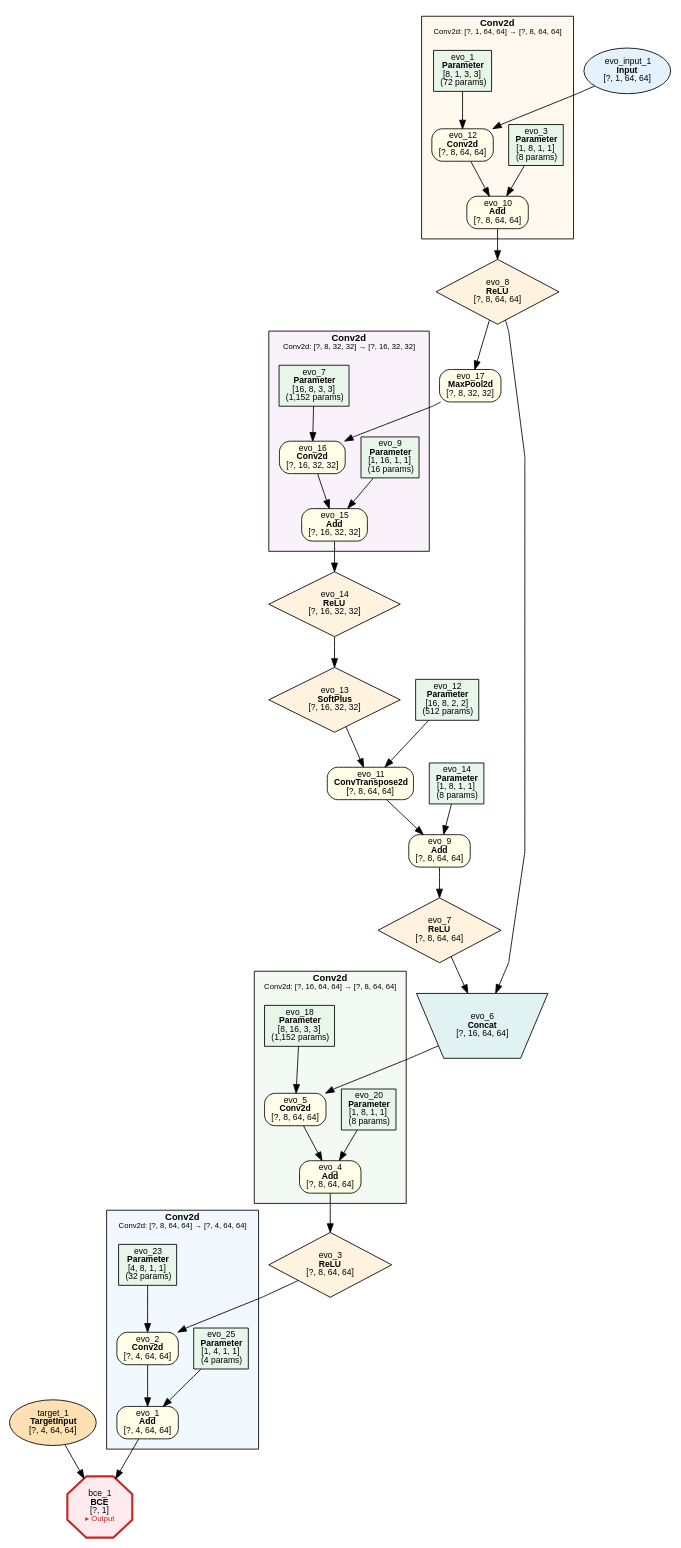
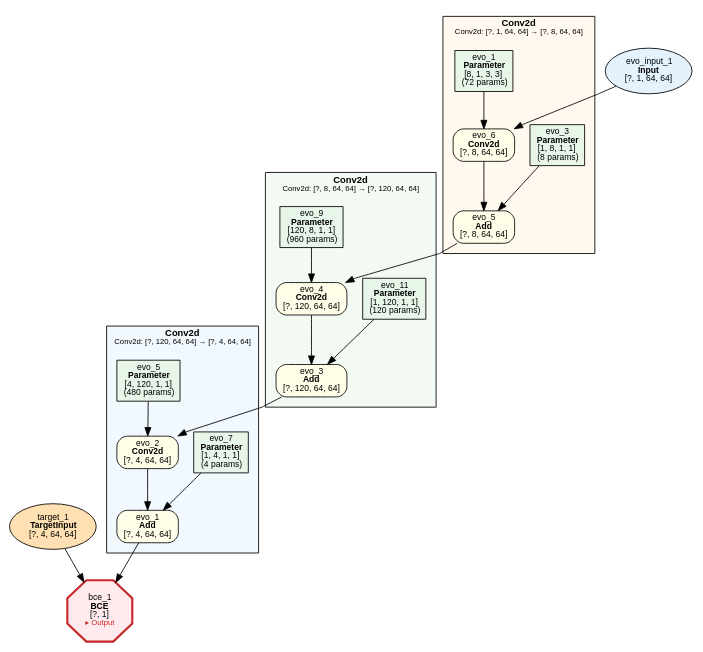
The diagram in examples/evolution/overlapping_shapes_unet_lite_segmentation/evolution_overlapping_shapes_unet_lite_segmentation.dot (dbsxdbsx/only_torch), drawn with Graphviz before and after one commit. The commit also changed 12 other files, not shown here.

```diff
--- a/examples/evolution/overlapping_shapes_unet_lite_segmentation/evolution_overlapping_shapes_unet_lite_segmentation.dot
+++ b/examples/evolution/overlapping_shapes_unet_lite_segmentation/evolution_overlapping_shapes_unet_lite_segmentation.dot
@@ -1,105 +1,65 @@
 digraph ComputeGraph {
     rankdir=TB;
     newrank=true;
     splines=polyline;
     node [fontname="Microsoft YaHei,SimHei,Arial"];
     edge [fontname="Microsoft YaHei,SimHei,Arial"];
 
-    subgraph cluster_group_conv2d_4 {
-        label=<<B>Conv2d</B><BR/><FONT POINT-SIZE="9">Conv2d: [?, 8, 64, 64] → [?, 4, 64, 64]</FONT>>;
+    subgraph cluster_group_conv2d_1 {
+        label=<<B>Conv2d</B><BR/><FONT POINT-SIZE="9">Conv2d: [?, 120, 64, 64] → [?, 4, 64, 64]</FONT>>;
         style=filled;
         fillcolor="#E3F2FD80";
         fontname="Microsoft YaHei,SimHei,Arial";
         fontsize=11;
         margin=12;
             "2" [label=<evo_1<BR/><B>Add</B><BR/>[?, 4, 64, 64]> shape=box style="filled,rounded" fillcolor="#FFFDE7" fontsize=10];
             "4" [label=<evo_2<BR/><B>Conv2d</B><BR/>[?, 4, 64, 64]> shape=box style="filled,rounded" fillcolor="#FFFDE7" fontsize=10];
-            "5" [label=<evo_25<BR/><B>Parameter</B><BR/>[1, 4, 1, 1]<BR/>(4 params)> shape=box style=filled fillcolor="#E8F5E9" fontsize=10];
-            "7" [label=<evo_23<BR/><B>Parameter</B><BR/>[4, 8, 1, 1]<BR/>(32 params)> shape=box style=filled fillcolor="#E8F5E9" fontsize=10];
+            "5" [label=<evo_7<BR/><B>Parameter</B><BR/>[1, 4, 1, 1]<BR/>(4 params)> shape=box style=filled fillcolor="#E8F5E9" fontsize=10];
+            "7" [label=<evo_5<BR/><B>Parameter</B><BR/>[4, 120, 1, 1]<BR/>(480 params)> shape=box style=filled fillcolor="#E8F5E9" fontsize=10];
     }
 
-    subgraph cluster_group_conv2d_3 {
-        label=<<B>Conv2d</B><BR/><FONT POINT-SIZE="9">Conv2d: [?, 16, 64, 64] → [?, 8, 64, 64]</FONT>>;
+    subgraph cluster_group_conv2d_2 {
+        label=<<B>Conv2d</B><BR/><FONT POINT-SIZE="9">Conv2d: [?, 8, 64, 64] → [?, 120, 64, 64]</FONT>>;
         style=filled;
         fillcolor="#E8F5E980";
         fontname="Microsoft YaHei,SimHei,Arial";
         fontsize=11;
         margin=12;
-            "8" [label=<evo_4<BR/><B>Add</B><BR/>[?, 8, 64, 64]> shape=box style="filled,rounded" fillcolor="#FFFDE7" fontsize=10];
-            "9" [label=<evo_5<BR/><B>Conv2d</B><BR/>[?, 8, 64, 64]> shape=box style="filled,rounded" fillcolor="#FFFDE7" fontsize=10];
-            "10" [label=<evo_20<BR/><B>Parameter</B><BR/>[1, 8, 1, 1]<BR/>(8 params)> shape=box style=filled fillcolor="#E8F5E9" fontsize=10];
-            "12" [label=<evo_18<BR/><B>Parameter</B><BR/>[8, 16, 3, 3]<BR/>(1,152 params)> shape=box style=filled fillcolor="#E8F5E9" fontsize=10];
+            "6" [label=<evo_3<BR/><B>Add</B><BR/>[?, 120, 64, 64]> shape=box style="filled,rounded" fillcolor="#FFFDE7" fontsize=10];
+            "8" [label=<evo_4<BR/><B>Conv2d</B><BR/>[?, 120, 64, 64]> shape=box style="filled,rounded" fillcolor="#FFFDE7" fontsize=10];
+            "9" [label=<evo_11<BR/><B>Parameter</B><BR/>[1, 120, 1, 1]<BR/>(120 params)> shape=box style=filled fillcolor="#E8F5E9" fontsize=10];
+            "11" [label=<evo_9<BR/><B>Parameter</B><BR/>[120, 8, 1, 1]<BR/>(960 params)> shape=box style=filled fillcolor="#E8F5E9" fontsize=10];
     }
 
     subgraph cluster_group_conv2d_0 {
         label=<<B>Conv2d</B><BR/><FONT POINT-SIZE="9">Conv2d: [?, 1, 64, 64] → [?, 8, 64, 64]</FONT>>;
         style=filled;
         fillcolor="#FFF3E080";
         fontname="Microsoft YaHei,SimHei,Arial";
         fontsize=11;
         margin=12;
-            "16" [label=<evo_10<BR/><B>Add</B><BR/>[?, 8, 64, 64]> shape=box style="filled,rounded" fillcolor="#FFFDE7" fontsize=10];
-            "19" [label=<evo_12<BR/><B>Conv2d</B><BR/>[?, 8, 64, 64]> shape=box style="filled,rounded" fillcolor="#FFFDE7" fontsize=10];
-            "20" [label=<evo_3<BR/><B>Parameter</B><BR/>[1, 8, 1, 1]<BR/>(8 params)> shape=box style=filled fillcolor="#E8F5E9" fontsize=10];
-            "24" [label=<evo_1<BR/><B>Parameter</B><BR/>[8, 1, 3, 3]<BR/>(72 params)> shape=box style=filled fillcolor="#E8F5E9" fontsize=10];
-    }
-
-    subgraph cluster_group_conv2d_1 {
-        label=<<B>Conv2d</B><BR/><FONT POINT-SIZE="9">Conv2d: [?, 8, 32, 32] → [?, 16, 32, 32]</FONT>>;
-        style=filled;
-        fillcolor="#F3E5F580";
-        fontname="Microsoft YaHei,SimHei,Arial";
-        fontsize=11;
-        margin=12;
-            "26" [label=<evo_15<BR/><B>Add</B><BR/>[?, 16, 32, 32]> shape=box style="filled,rounded" fillcolor="#FFFDE7" fontsize=10];
-            "27" [label=<evo_16<BR/><B>Conv2d</B><BR/>[?, 16, 32, 32]> shape=box style="filled,rounded" fillcolor="#FFFDE7" fontsize=10];
-            "28" [label=<evo_9<BR/><B>Parameter</B><BR/>[1, 16, 1, 1]<BR/>(16 params)> shape=box style=filled fillcolor="#E8F5E9" fontsize=10];
-            "30" [label=<evo_7<BR/><B>Parameter</B><BR/>[16, 8, 3, 3]<BR/>(1,152 params)> shape=box style=filled fillcolor="#E8F5E9" fontsize=10];
+            "10" [label=<evo_5<BR/><B>Add</B><BR/>[?, 8, 64, 64]> shape=box style="filled,rounded" fillcolor="#FFFDE7" fontsize=10];
+            "12" [label=<evo_6<BR/><B>Conv2d</B><BR/>[?, 8, 64, 64]> shape=box style="filled,rounded" fillcolor="#FFFDE7" fontsize=10];
+            "13" [label=<evo_3<BR/><B>Parameter</B><BR/>[1, 8, 1, 1]<BR/>(8 params)> shape=box style=filled fillcolor="#E8F5E9" fontsize=10];
+            "15" [label=<evo_1<BR/><B>Parameter</B><BR/>[8, 1, 3, 3]<BR/>(72 params)> shape=box style=filled fillcolor="#E8F5E9" fontsize=10];
     }
 
     "1" [label=<bce_1<BR/><B>BCE</B><BR/>[?, 1]<BR/><FONT COLOR="#C62828" POINT-SIZE="9">▸ Output</FONT>> shape=octagon style=filled fillcolor="#FFEBEE" fontsize=10 penwidth=2.5 color="#C62828"];
     "3" [label=<target_1<BR/><B>TargetInput</B><BR/>[?, 4, 64, 64]> shape=ellipse style=filled fillcolor="#FFE0B2" fontsize=10];
-    "6" [label=<evo_3<BR/><B>ReLU</B><BR/>[?, 8, 64, 64]> shape=diamond style=filled fillcolor="#FFF3E0" fontsize=10];
-    "11" [label=<evo_6<BR/><B>Concat</B><BR/>[?, 16, 64, 64]> shape=invtrapezium style=filled fillcolor="#E0F2F1" fontsize=10];
-    "13" [label=<evo_7<BR/><B>ReLU</B><BR/>[?, 8, 64, 64]> shape=diamond style=filled fillcolor="#FFF3E0" fontsize=10];
-    "14" [label=<evo_8<BR/><B>ReLU</B><BR/>[?, 8, 64, 64]> shape=diamond style=filled fillcolor="#FFF3E0" fontsize=10];
-    "15" [label=<evo_9<BR/><B>Add</B><BR/>[?, 8, 64, 64]> shape=box style="filled,rounded" fillcolor="#FFFDE7" fontsize=10];
-    "17" [label=<evo_11<BR/><B>ConvTranspose2d</B><BR/>[?, 8, 64, 64]> shape=box style="filled,rounded" fillcolor="#FFFDE7" fontsize=10];
-    "18" [label=<evo_14<BR/><B>Parameter</B><BR/>[1, 8, 1, 1]<BR/>(8 params)> shape=box style=filled fillcolor="#E8F5E9" fontsize=10];
-    "21" [label=<evo_13<BR/><B>SoftPlus</B><BR/>[?, 16, 32, 32]> shape=diamond style=filled fillcolor="#FFF3E0" fontsize=10];
-    "22" [label=<evo_12<BR/><B>Parameter</B><BR/>[16, 8, 2, 2]<BR/>(512 params)> shape=box style=filled fillcolor="#E8F5E9" fontsize=10];
-    "23" [label=<evo_input_1<BR/><B>Input</B><BR/>[?, 1, 64, 64]> shape=ellipse style=filled fillcolor="#E3F2FD" fontsize=10];
-    "25" [label=<evo_14<BR/><B>ReLU</B><BR/>[?, 16, 32, 32]> shape=diamond style=filled fillcolor="#FFF3E0" fontsize=10];
-    "29" [label=<evo_17<BR/><B>MaxPool2d</B><BR/>[?, 8, 32, 32]> shape=box style="filled,rounded" fillcolor="#FFFDE7" fontsize=10];
+    "14" [label=<evo_input_1<BR/><B>Input</B><BR/>[?, 1, 64, 64]> shape=ellipse style=filled fillcolor="#E3F2FD" fontsize=10];
 
     "2" -> "1";
     "3" -> "1";
     "4" -> "2";
     "5" -> "2";
     "6" -> "4";
     "7" -> "4";
     "8" -> "6";
-    "9" -> "8";
+    "9" -> "6";
     "10" -> "8";
-    "11" -> "9";
-    "12" -> "9";
-    "13" -> "11";
-    "14" -> "11";
-    "15" -> "13";
-    "16" -> "14";
-    "17" -> "15";
-    "18" -> "15";
-    "19" -> "16";
-    "20" -> "16";
-    "21" -> "17";
-    "22" -> "17";
-    "23" -> "19";
-    "24" -> "19";
-    "25" -> "21";
-    "26" -> "25";
-    "27" -> "26";
-    "28" -> "26";
-    "29" -> "27";
-    "30" -> "27";
-    "14" -> "29";
+    "11" -> "8";
+    "12" -> "10";
+    "13" -> "10";
+    "14" -> "12";
+    "15" -> "12";
 }
```
